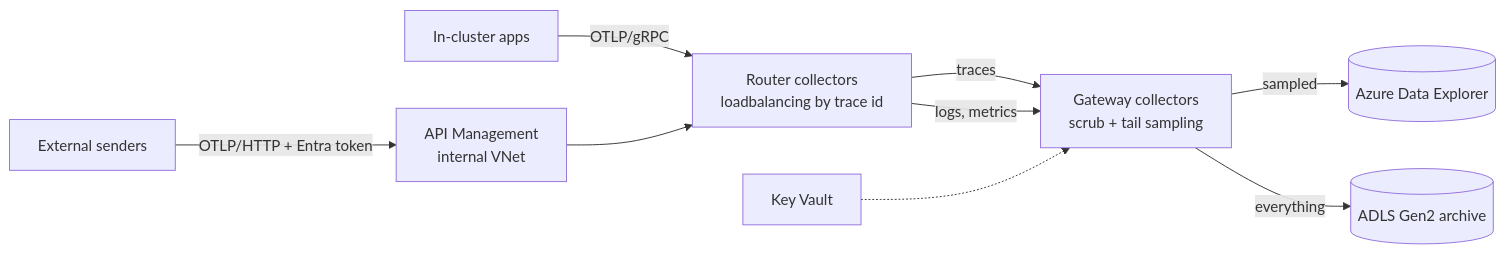
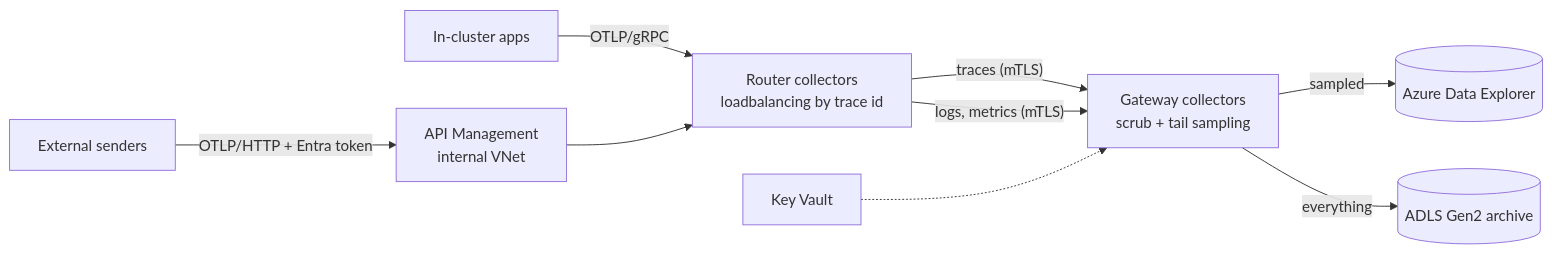
Before and after one commit to siva-maruri/otel-azure-pipeline: the diagram in README.md, drawn with Mermaid. The commit also changed other lines of this file, not shown here.

Commit message:
README: mTLS, ADR 6, remaining gap

````diff
--- a/README.md
+++ b/README.md
@@ -10,11 +10,11 @@
 ```mermaid
 flowchart LR
     ext[External senders] -- "OTLP/HTTP + Entra token" --> apim[API Management<br/>internal VNet]
     apps[In-cluster apps] -- OTLP/gRPC --> router
     apim --> router[Router collectors<br/>loadbalancing by trace id]
-    router -- traces --> gw[Gateway collectors<br/>scrub + tail sampling]
-    router -- logs, metrics --> gw
+    router -- "traces (mTLS)" --> gw[Gateway collectors<br/>scrub + tail sampling]
+    router -- "logs, metrics (mTLS)" --> gw
     gw -- sampled --> adx[(Azure Data Explorer)]
     gw -- everything --> adls[(ADLS Gen2 archive)]
     kv[Key Vault] -.-> gw
 ```
````
